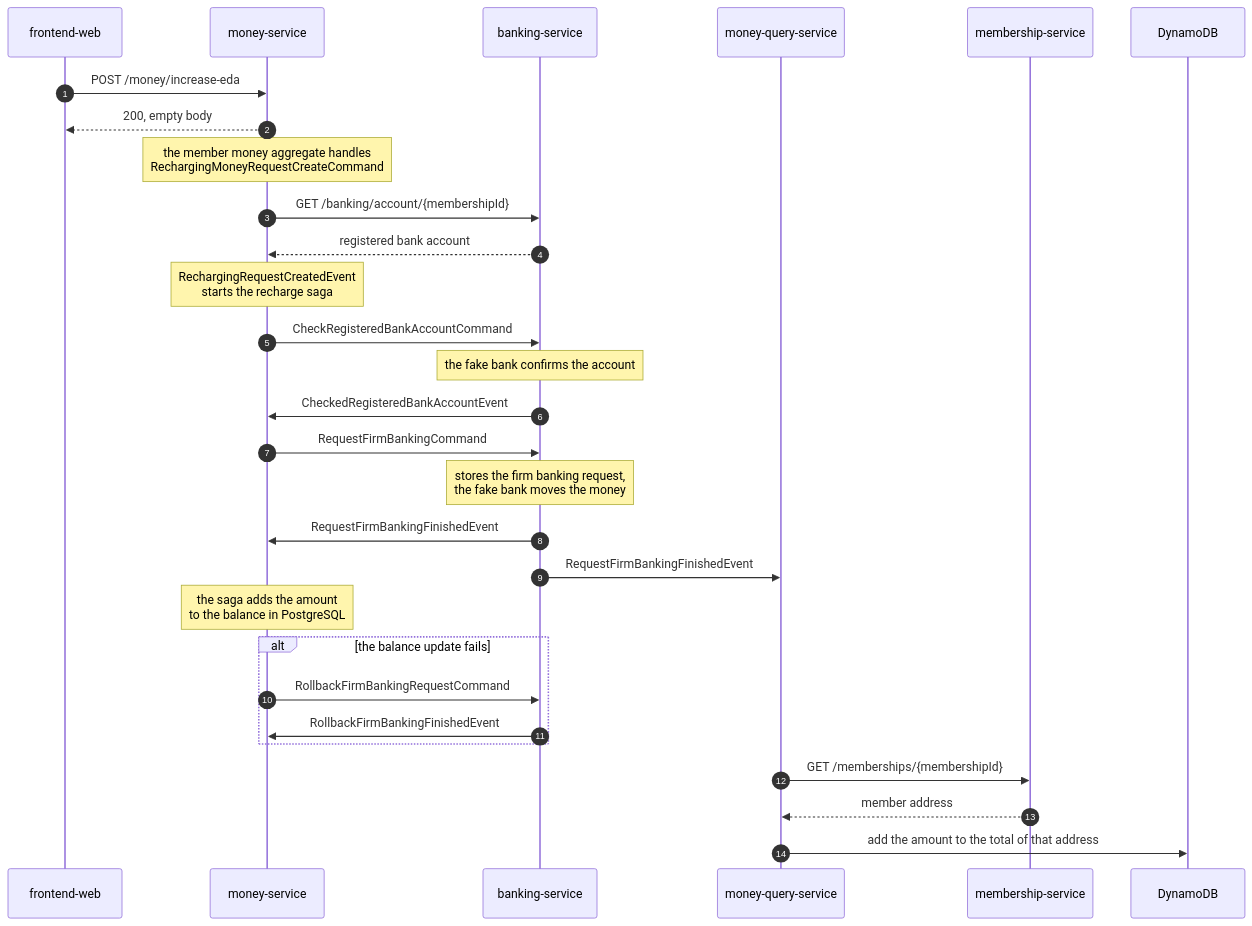
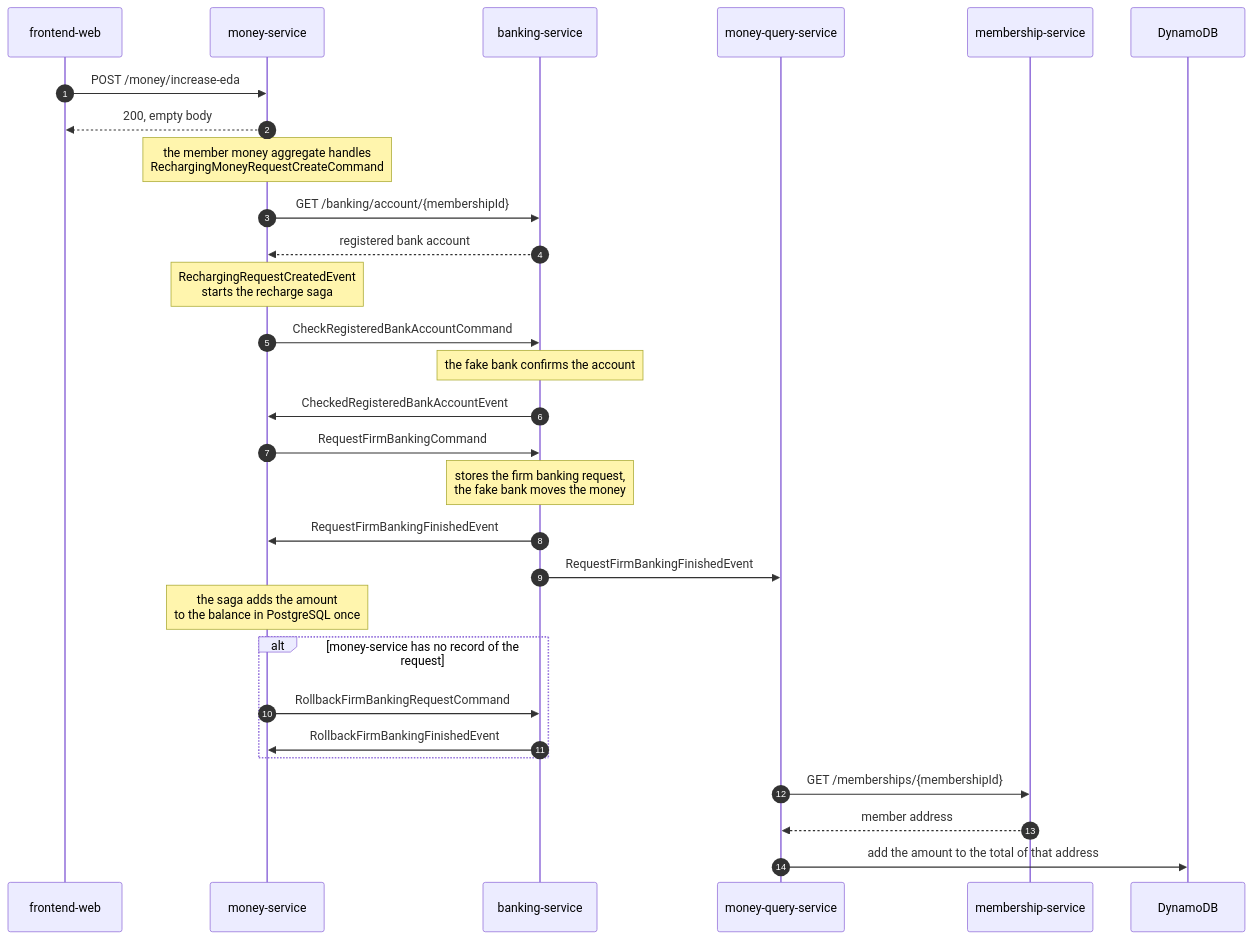
The first of 4 diagrams in docs/architecture.md (chrysaor/JayPay), drawn with Mermaid before and after one commit. The commit also changed 2 other files, not shown here.

Commit message:
docs: describe the wallet tables, request ids and amount limit
Claude-Session: https://claude.ai/code/session_01E7JcoTZyu3M9Y1dx6h8C72

````diff
--- a/docs/architecture.md
+++ b/docs/architecture.md
@@ -9,32 +9,32 @@
 ```mermaid
 sequenceDiagram
     autonumber
     participant web as frontend-web
     participant money as money-service
     participant banking as banking-service
     participant query as money-query-service
     participant membership as membership-service
     participant dynamodb as DynamoDB
 
     web->>money: POST /money/increase-eda
     money-->>web: 200, empty body
     Note over money: the member money aggregate handles<br/>RechargingMoneyRequestCreateCommand
     money->>banking: GET /banking/account/{membershipId}
     banking-->>money: registered bank account
     Note over money: RechargingRequestCreatedEvent<br/>starts the recharge saga
     money->>banking: CheckRegisteredBankAccountCommand
     Note over banking: the fake bank confirms the account
     banking->>money: CheckedRegisteredBankAccountEvent
     money->>banking: RequestFirmBankingCommand
     Note over banking: stores the firm banking request,<br/>the fake bank moves the money
     banking->>money: RequestFirmBankingFinishedEvent
     banking->>query: RequestFirmBankingFinishedEvent
-    Note over money: the saga adds the amount<br/>to the balance in PostgreSQL
-    alt the balance update fails
+    Note over money: the saga adds the amount<br/>to the balance in PostgreSQL once
+    alt money-service has no record of the request
         money->>banking: RollbackFirmBankingRequestCommand
         banking->>money: RollbackFirmBankingFinishedEvent
     end
     query->>membership: GET /memberships/{membershipId}
     membership-->>query: member address
     query->>dynamodb: add the amount to the total of that address
 ```
````
